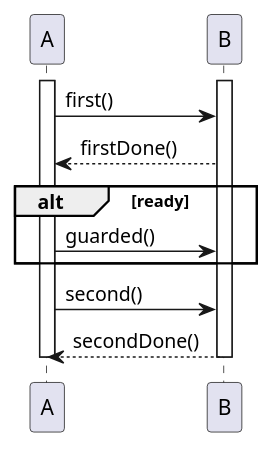
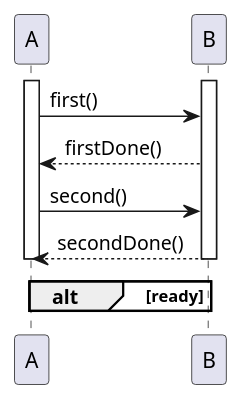
Before and after one commit to SuperPyonchiX/NextDesign_Script: the diagram in SequenceImportProbe/samples/structure-fragment-before.puml, drawn with PlantUML. The commit also changed 5 other files, not shown here.

```diff
--- a/SequenceImportProbe/samples/structure-fragment-before.puml
+++ b/SequenceImportProbe/samples/structure-fragment-before.puml
@@ -1,15 +1,14 @@
 @startuml
 participant A
 participant B
 activate B
 activate A
 A -> B : first()
 B --> A : firstDone()
-alt ready
-A -> B : guarded()
-end
 A -> B : second()
 B --> A : secondDone()
 deactivate B
 deactivate A
+alt ready
+end
 @enduml
```
